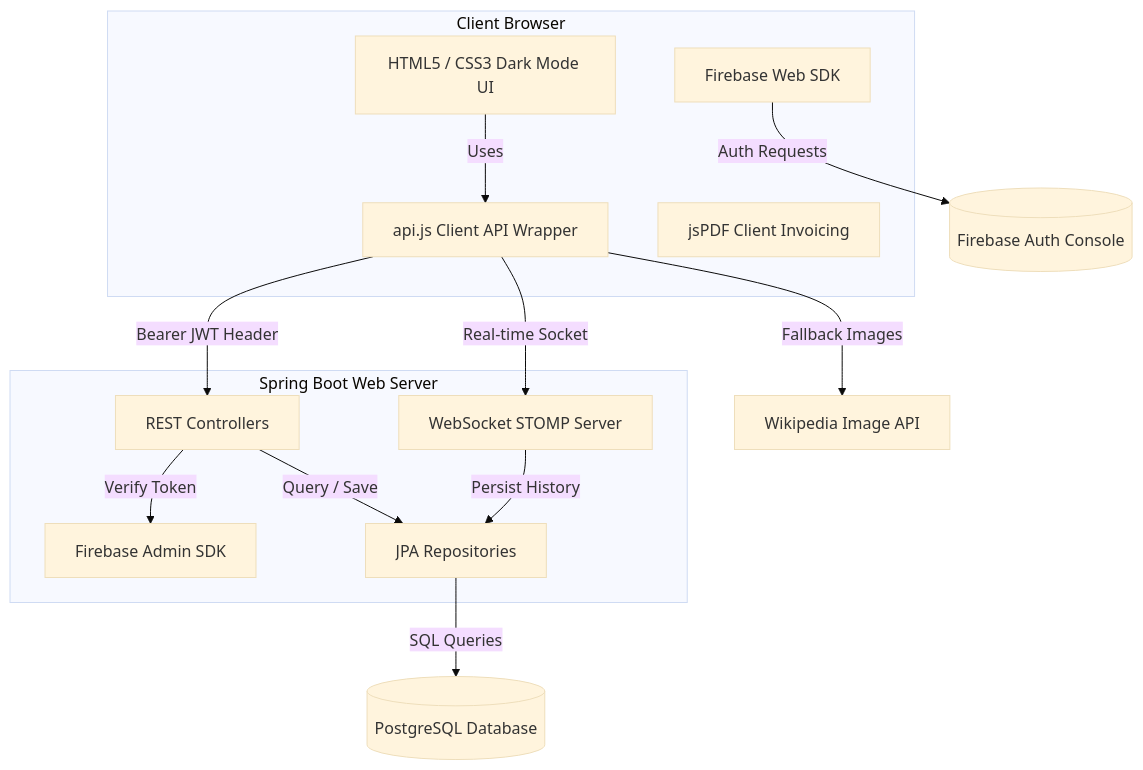
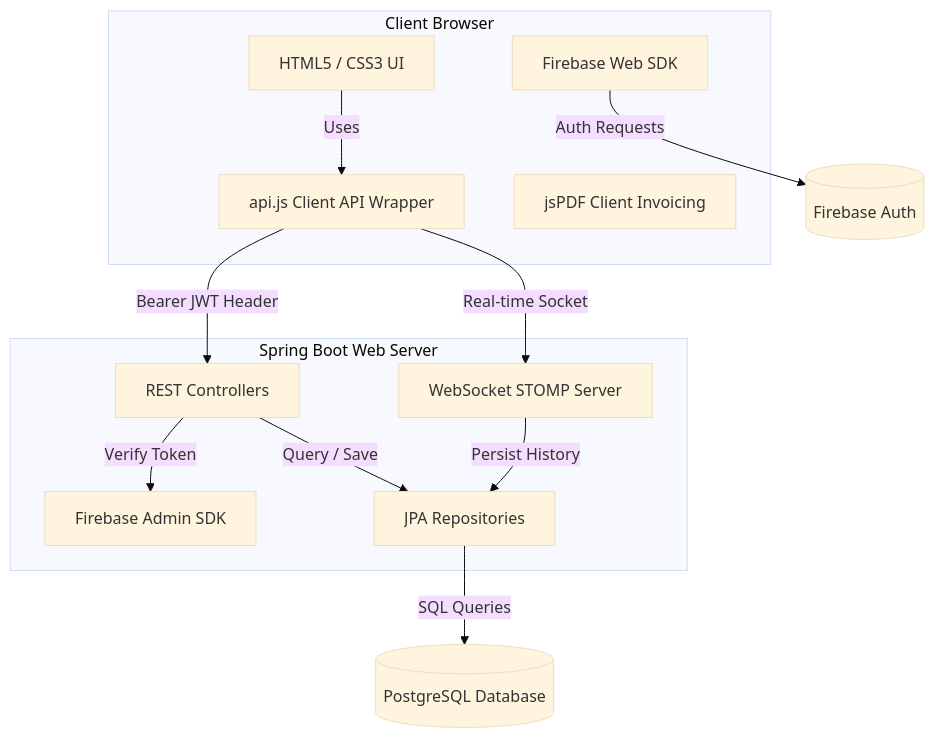
The diagram in docs/DEVELOPMENT.md (karthikN913/Agro-backend), drawn with Mermaid (base theme) before and after one commit. The commit also changed other lines of this file and 1 other file, not shown here.

````diff
--- a/docs/DEVELOPMENT.md
+++ b/docs/DEVELOPMENT.md
@@ -14,35 +11,29 @@
 ```mermaid
 graph TD
-    %% Frontend Components %%
     subgraph Frontend [Client Browser]
-        UI[HTML5 / CSS3 Dark Mode UI]
+        UI[HTML5 / CSS3 UI]
         JS[api.js Client API Wrapper]
         FB_SDK[Firebase Web SDK]
         PDF[jsPDF Client Invoicing]
     end
 
-    %% Backend Components %%
     subgraph Backend [Spring Boot Web Server]
         Controller[REST Controllers]
         WS[WebSocket STOMP Server]
         FB_Admin[Firebase Admin SDK]
         Repo[JPA Repositories]
     end
 
-    %% Database & External Services %%
     Database[(PostgreSQL Database)]
-    Firebase[(Firebase Auth Console)]
-    Wiki[Wikipedia Image API]
+    Firebase[(Firebase Auth)]
 
-    %% Interactions %%
     UI -->|Uses| JS
     JS -->|Bearer JWT Header| Controller
     JS -->|Real-time Socket| WS
     FB_SDK -->|Auth Requests| Firebase
-    JS -->|Fallback Images| Wiki
     
     Controller -->|Verify Token| FB_Admin
     Controller -->|Query / Save| Repo
     WS -->|Persist History| Repo
     Repo -->|SQL Queries| Database
 ```
````
